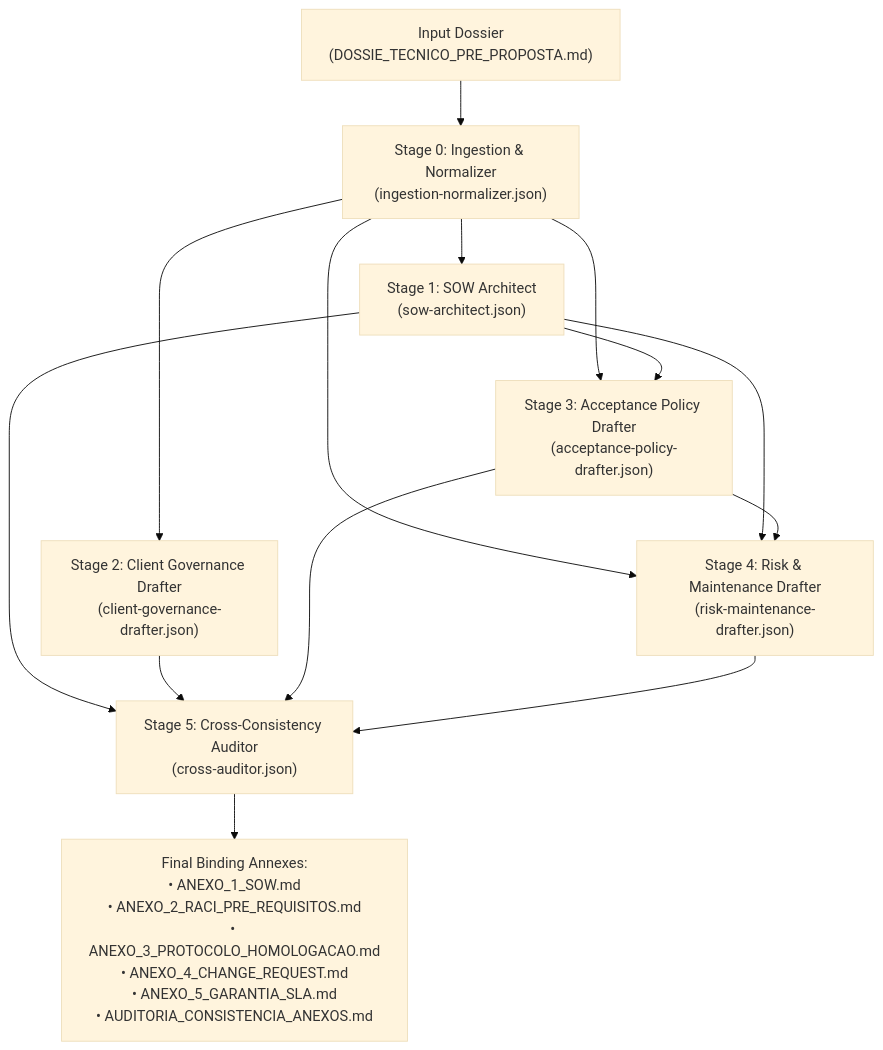
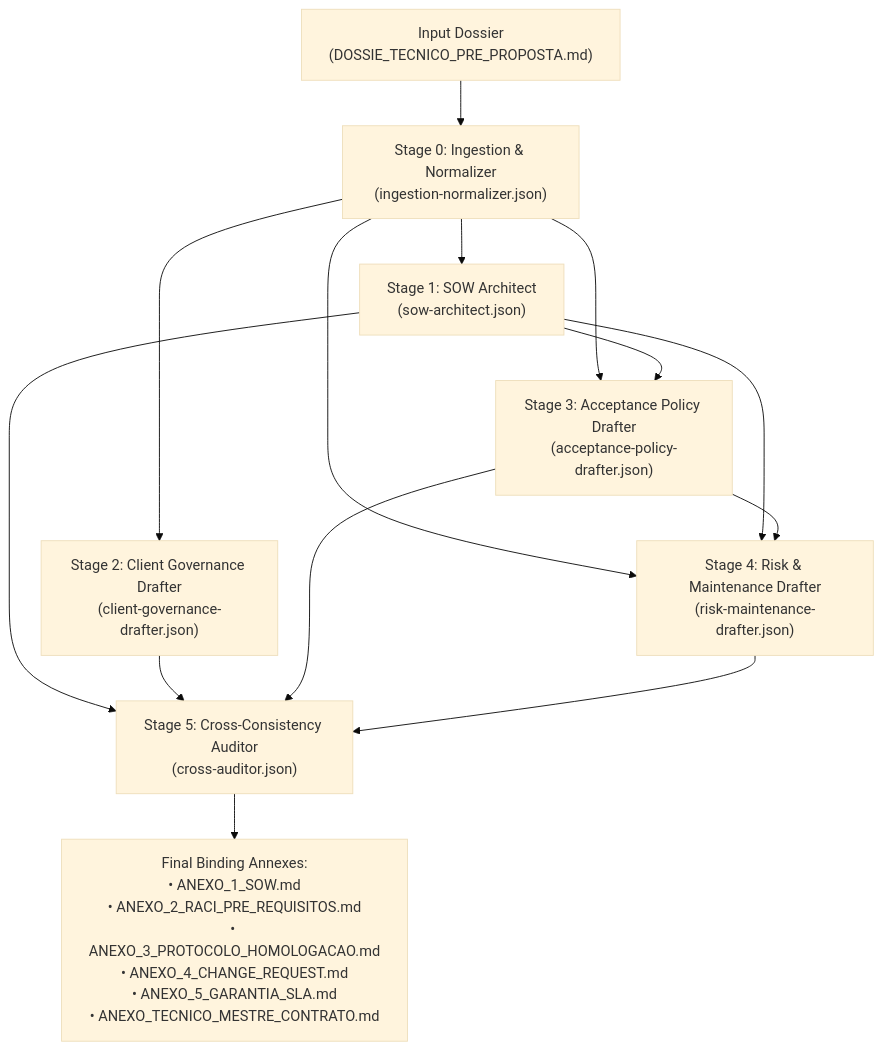
One commit to HalcyonTech-LTDA/contract-technical-annexes-engine-plugin changed the diagram in README.md. Above: the diagram before and after it, drawn with Mermaid (base theme). The commit also changed 7 other files, not shown here.

````diff
--- a/README.md
+++ b/README.md
@@ -76,21 +76,21 @@
 ```mermaid
 flowchart TD
     Dossier["Input Dossier\n(DOSSIE_TECNICO_PRE_PROPOSTA.md)"] --> Norm["Stage 0: Ingestion & Normalizer\n(ingestion-normalizer.json)"]
     
     Norm --> SOW["Stage 1: SOW Architect\n(sow-architect.json)"]
     Norm --> RACI["Stage 2: Client Governance Drafter\n(client-governance-drafter.json)"]
     
     Norm --> Acc["Stage 3: Acceptance Policy Drafter\n(acceptance-policy-drafter.json)"]
     SOW --> Acc
     
     Norm --> Risk["Stage 4: Risk & Maintenance Drafter\n(risk-maintenance-drafter.json)"]
     SOW --> Risk
     Acc --> Risk
     
     SOW --> Audit["Stage 5: Cross-Consistency Auditor\n(cross-auditor.json)"]
     RACI --> Audit
     Acc --> Audit
     Risk --> Audit
     
-    Audit --> Outputs["Final Binding Annexes:\n• ANEXO_1_SOW.md\n• ANEXO_2_RACI_PRE_REQUISITOS.md\n• ANEXO_3_PROTOCOLO_HOMOLOGACAO.md\n• ANEXO_4_CHANGE_REQUEST.md\n• ANEXO_5_GARANTIA_SLA.md\n• AUDITORIA_CONSISTENCIA_ANEXOS.md"]
+    Audit --> Outputs["Final Binding Annexes:\n• ANEXO_1_SOW.md\n• ANEXO_2_RACI_PRE_REQUISITOS.md\n• ANEXO_3_PROTOCOLO_HOMOLOGACAO.md\n• ANEXO_4_CHANGE_REQUEST.md\n• ANEXO_5_GARANTIA_SLA.md\n• ANEXO_TECNICO_MESTRE_CONTRATO.md"]
 ```
````
